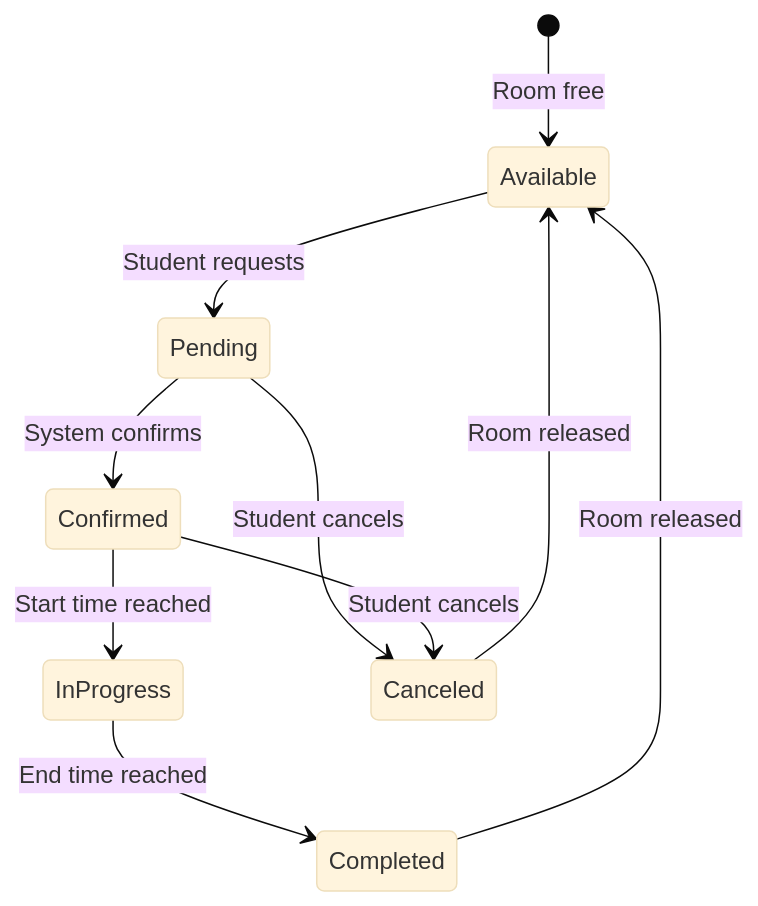
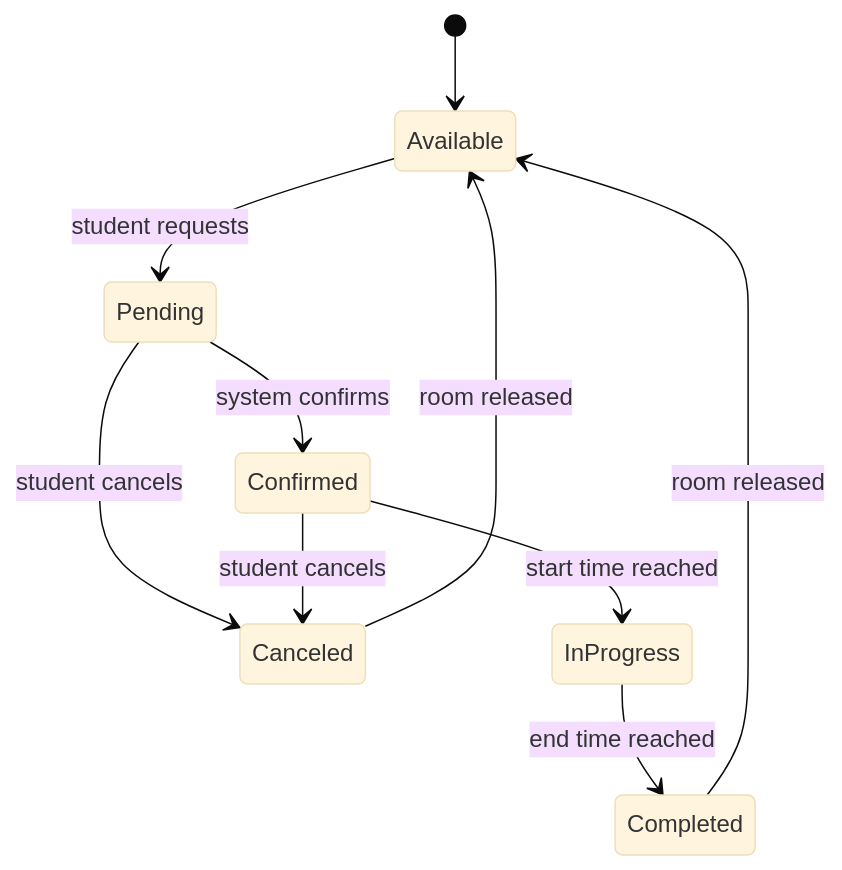
One commit to Amanda2026-crypto/smart-campus-connect changed the third of 8 diagrams in state-transition-diagrams.md. Above: the diagram before and after it, drawn with Mermaid (base theme). The commit also changed other lines of this file, not shown here.

````diff
--- a/state-transition-diagrams.md
+++ b/state-transition-diagrams.md
@@ -54,12 +120,12 @@
 ```mermaid
 stateDiagram-v2
-    [*] --> Available: Room free
-    Available --> Pending: Student requests
-    Pending --> Confirmed: System confirms
-    Confirmed --> InProgress: Start time reached
-    InProgress --> Completed: End time reached
-    Completed --> Available: Room released
-    Pending --> Canceled: Student cancels
-    Confirmed --> Canceled: Student cancels
-    Canceled --> Available: Room released
+    [*] --> Available
+    Available --> Pending : student requests
+    Pending --> Confirmed : system confirms
+    Pending --> Canceled : student cancels
+    Confirmed --> InProgress : start time reached
+    Confirmed --> Canceled : student cancels
+    InProgress --> Completed : end time reached
+    Completed --> Available : room released
+    Canceled --> Available : room released
 ```
````
